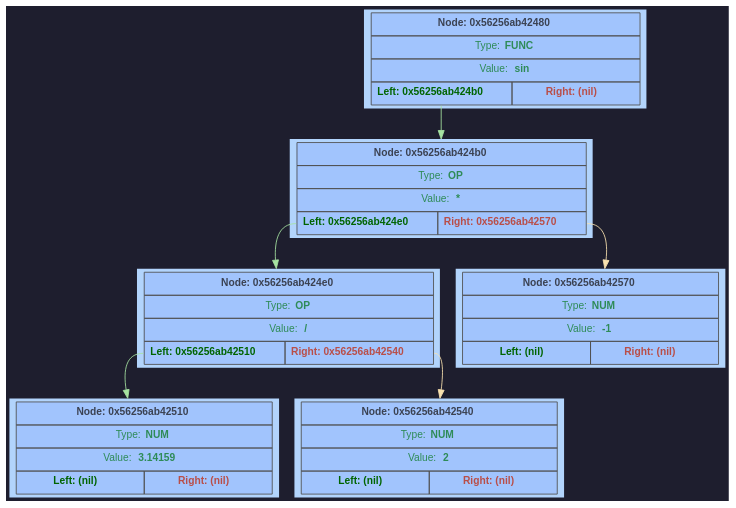
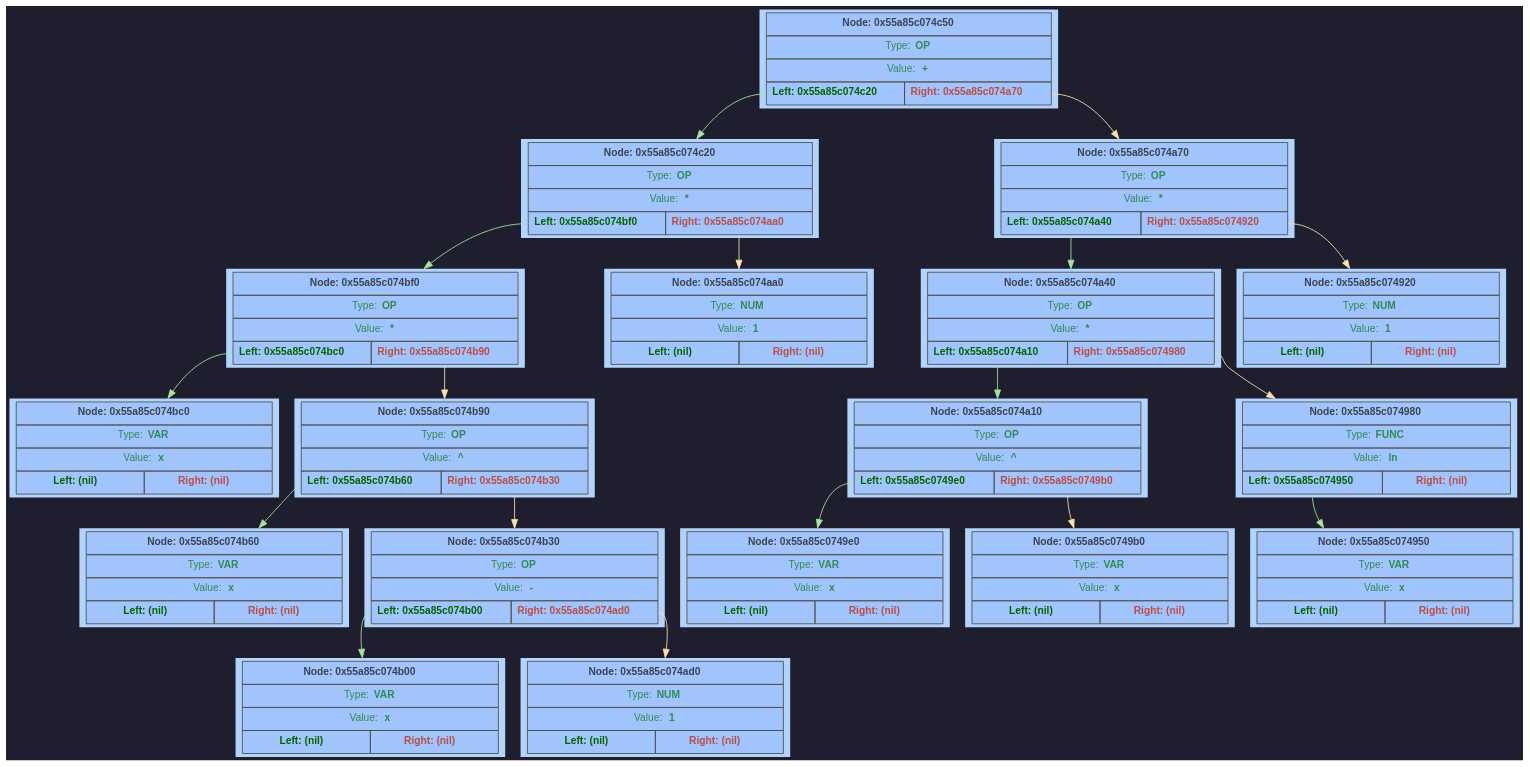
The diagram in GraphDump/dump.dot (F1merhub/Differencator), drawn with Graphviz before and after one commit. The commit also changed 15 other files, not shown here.

```diff
--- a/GraphDump/dump.dot
+++ b/GraphDump/dump.dot
@@ -2,69 +2,201 @@
 	rankdir = TB;
 	bgcolor="#1e1e2e";
 	node [shape=rectangle, style=filled, fontname=Helvetica, fontsize=12, fillcolor="#89b4fa", color="#cba6f7", fontcolor="#1e1e2e"];
-	node0x56256ab42480 [shape=plaintext; style=filled; color="#fcf0d2"; fillcolor="#b2d4fc"; label = <
+	node0x55a85c074c50 [shape=plaintext; style=filled; color="#fcf0d2"; fillcolor="#b2d4fc"; label = <
 		<table BORDER="0" CELLBORDER="1" CELLSPACING="0" CELLPADDING="6" BGCOLOR="#a1c4fd" COLOR="#4f4f4f">
-			<tr><td align='center' colspan='2'><FONT COLOR='#3b4252'><b>Node: 0x56256ab42480</b></FONT></td></tr>
-			<tr><td align='center' colspan='2'><FONT COLOR='#2e8b57'>Type: <b>FUNC</b></FONT></td></tr>
-			<tr><td align='center' colspan='2'><FONT COLOR='#2e8b57'>Value: <b>sin</b></FONT></td></tr>
+			<tr><td align='center' colspan='2'><FONT COLOR='#3b4252'><b>Node: 0x55a85c074c50</b></FONT></td></tr>
+			<tr><td align='center' colspan='2'><FONT COLOR='#2e8b57'>Type: <b>OP</b></FONT></td></tr>
+			<tr><td align='center' colspan='2'><FONT COLOR='#2e8b57'>Value: <b>+</b></FONT></td></tr>
 			<tr>
-				<td WIDTH='150' PORT='left' align='center'><FONT COLOR='#006400'><b>Left: 0x56256ab424b0</b></FONT></td>
-				<td WIDTH='150' PORT='right' align='center'><FONT COLOR='#b94e48'><b>Right: (nil)</b></FONT></td>
+				<td WIDTH='150' PORT='left' align='center'><FONT COLOR='#006400'><b>Left: 0x55a85c074c20</b></FONT></td>
+				<td WIDTH='150' PORT='right' align='center'><FONT COLOR='#b94e48'><b>Right: 0x55a85c074a70</b></FONT></td>
 			</tr>
 		</table> >];
-	node0x56256ab424b0 [shape=plaintext; style=filled; color="#fcf0d2"; fillcolor="#b2d4fc"; label = <
+	node0x55a85c074c20 [shape=plaintext; style=filled; color="#fcf0d2"; fillcolor="#b2d4fc"; label = <
 		<table BORDER="0" CELLBORDER="1" CELLSPACING="0" CELLPADDING="6" BGCOLOR="#a1c4fd" COLOR="#4f4f4f">
-			<tr><td align='center' colspan='2'><FONT COLOR='#3b4252'><b>Node: 0x56256ab424b0</b></FONT></td></tr>
+			<tr><td align='center' colspan='2'><FONT COLOR='#3b4252'><b>Node: 0x55a85c074c20</b></FONT></td></tr>
 			<tr><td align='center' colspan='2'><FONT COLOR='#2e8b57'>Type: <b>OP</b></FONT></td></tr>
 			<tr><td align='center' colspan='2'><FONT COLOR='#2e8b57'>Value: <b>*</b></FONT></td></tr>
 			<tr>
-				<td WIDTH='150' PORT='left' align='center'><FONT COLOR='#006400'><b>Left: 0x56256ab424e0</b></FONT></td>
-				<td WIDTH='150' PORT='right' align='center'><FONT COLOR='#b94e48'><b>Right: 0x56256ab42570</b></FONT></td>
+				<td WIDTH='150' PORT='left' align='center'><FONT COLOR='#006400'><b>Left: 0x55a85c074bf0</b></FONT></td>
+				<td WIDTH='150' PORT='right' align='center'><FONT COLOR='#b94e48'><b>Right: 0x55a85c074aa0</b></FONT></td>
 			</tr>
 		</table> >];
-	node0x56256ab424e0 [shape=plaintext; style=filled; color="#fcf0d2"; fillcolor="#b2d4fc"; label = <
+	node0x55a85c074bf0 [shape=plaintext; style=filled; color="#fcf0d2"; fillcolor="#b2d4fc"; label = <
 		<table BORDER="0" CELLBORDER="1" CELLSPACING="0" CELLPADDING="6" BGCOLOR="#a1c4fd" COLOR="#4f4f4f">
-			<tr><td align='center' colspan='2'><FONT COLOR='#3b4252'><b>Node: 0x56256ab424e0</b></FONT></td></tr>
+			<tr><td align='center' colspan='2'><FONT COLOR='#3b4252'><b>Node: 0x55a85c074bf0</b></FONT></td></tr>
 			<tr><td align='center' colspan='2'><FONT COLOR='#2e8b57'>Type: <b>OP</b></FONT></td></tr>
-			<tr><td align='center' colspan='2'><FONT COLOR='#2e8b57'>Value: <b>/</b></FONT></td></tr>
+			<tr><td align='center' colspan='2'><FONT COLOR='#2e8b57'>Value: <b>*</b></FONT></td></tr>
 			<tr>
-				<td WIDTH='150' PORT='left' align='center'><FONT COLOR='#006400'><b>Left: 0x56256ab42510</b></FONT></td>
-				<td WIDTH='150' PORT='right' align='center'><FONT COLOR='#b94e48'><b>Right: 0x56256ab42540</b></FONT></td>
+				<td WIDTH='150' PORT='left' align='center'><FONT COLOR='#006400'><b>Left: 0x55a85c074bc0</b></FONT></td>
+				<td WIDTH='150' PORT='right' align='center'><FONT COLOR='#b94e48'><b>Right: 0x55a85c074b90</b></FONT></td>
 			</tr>
 		</table> >];
-	node0x56256ab42510 [shape=plaintext; style=filled; color="#fcf0d2"; fillcolor="#b2d4fc"; label = <
+	node0x55a85c074bc0 [shape=plaintext; style=filled; color="#fcf0d2"; fillcolor="#b2d4fc"; label = <
 		<table BORDER="0" CELLBORDER="1" CELLSPACING="0" CELLPADDING="6" BGCOLOR="#a1c4fd" COLOR="#4f4f4f">
-			<tr><td align='center' colspan='2'><FONT COLOR='#3b4252'><b>Node: 0x56256ab42510</b></FONT></td></tr>
-			<tr><td align='center' colspan='2'><FONT COLOR='#2e8b57'>Type: <b>NUM</b></FONT></td></tr>
-			<tr><td align='center' colspan='2'><FONT COLOR='#2e8b57'>Value: <b>3.14159</b></FONT></td></tr>
+			<tr><td align='center' colspan='2'><FONT COLOR='#3b4252'><b>Node: 0x55a85c074bc0</b></FONT></td></tr>
+			<tr><td align='center' colspan='2'><FONT COLOR='#2e8b57'>Type: <b>VAR</b></FONT></td></tr>
+			<tr><td align='center' colspan='2'><FONT COLOR='#2e8b57'>Value: <b>x</b></FONT></td></tr>
 			<tr>
 				<td WIDTH='150' PORT='left' align='center'><FONT COLOR='#006400'><b>Left: (nil)</b></FONT></td>
 				<td WIDTH='150' PORT='right' align='center'><FONT COLOR='#b94e48'><b>Right: (nil)</b></FONT></td>
 			</tr>
 		</table> >];
-	node0x56256ab424e0:left -> node0x56256ab42510 [color="#a6e3a1"]
-	node0x56256ab42540 [shape=plaintext; style=filled; color="#fcf0d2"; fillcolor="#b2d4fc"; label = <
+	node0x55a85c074bf0:left -> node0x55a85c074bc0 [color="#a6e3a1"]
+	node0x55a85c074b90 [shape=plaintext; style=filled; color="#fcf0d2"; fillcolor="#b2d4fc"; label = <
 		<table BORDER="0" CELLBORDER="1" CELLSPACING="0" CELLPADDING="6" BGCOLOR="#a1c4fd" COLOR="#4f4f4f">
-			<tr><td align='center' colspan='2'><FONT COLOR='#3b4252'><b>Node: 0x56256ab42540</b></FONT></td></tr>
-			<tr><td align='center' colspan='2'><FONT COLOR='#2e8b57'>Type: <b>NUM</b></FONT></td></tr>
-			<tr><td align='center' colspan='2'><FONT COLOR='#2e8b57'>Value: <b>2</b></FONT></td></tr>
+			<tr><td align='center' colspan='2'><FONT COLOR='#3b4252'><b>Node: 0x55a85c074b90</b></FONT></td></tr>
+			<tr><td align='center' colspan='2'><FONT COLOR='#2e8b57'>Type: <b>OP</b></FONT></td></tr>
+			<tr><td align='center' colspan='2'><FONT COLOR='#2e8b57'>Value: <b>^</b></FONT></td></tr>
+			<tr>
+				<td WIDTH='150' PORT='left' align='center'><FONT COLOR='#006400'><b>Left: 0x55a85c074b60</b></FONT></td>
+				<td WIDTH='150' PORT='right' align='center'><FONT COLOR='#b94e48'><b>Right: 0x55a85c074b30</b></FONT></td>
+			</tr>
+		</table> >];
+	node0x55a85c074b60 [shape=plaintext; style=filled; color="#fcf0d2"; fillcolor="#b2d4fc"; label = <
+		<table BORDER="0" CELLBORDER="1" CELLSPACING="0" CELLPADDING="6" BGCOLOR="#a1c4fd" COLOR="#4f4f4f">
+			<tr><td align='center' colspan='2'><FONT COLOR='#3b4252'><b>Node: 0x55a85c074b60</b></FONT></td></tr>
+			<tr><td align='center' colspan='2'><FONT COLOR='#2e8b57'>Type: <b>VAR</b></FONT></td></tr>
+			<tr><td align='center' colspan='2'><FONT COLOR='#2e8b57'>Value: <b>x</b></FONT></td></tr>
 			<tr>
 				<td WIDTH='150' PORT='left' align='center'><FONT COLOR='#006400'><b>Left: (nil)</b></FONT></td>
 				<td WIDTH='150' PORT='right' align='center'><FONT COLOR='#b94e48'><b>Right: (nil)</b></FONT></td>
 			</tr>
 		</table> >];
-	node0x56256ab424e0:right -> node0x56256ab42540 [color="#f9e2af"]
-	node0x56256ab424b0:left -> node0x56256ab424e0 [color="#a6e3a1"]
-	node0x56256ab42570 [shape=plaintext; style=filled; color="#fcf0d2"; fillcolor="#b2d4fc"; label = <
+	node0x55a85c074b90:left -> node0x55a85c074b60 [color="#a6e3a1"]
+	node0x55a85c074b30 [shape=plaintext; style=filled; color="#fcf0d2"; fillcolor="#b2d4fc"; label = <
 		<table BORDER="0" CELLBORDER="1" CELLSPACING="0" CELLPADDING="6" BGCOLOR="#a1c4fd" COLOR="#4f4f4f">
-			<tr><td align='center' colspan='2'><FONT COLOR='#3b4252'><b>Node: 0x56256ab42570</b></FONT></td></tr>
-			<tr><td align='center' colspan='2'><FONT COLOR='#2e8b57'>Type: <b>NUM</b></FONT></td></tr>
-			<tr><td align='center' colspan='2'><FONT COLOR='#2e8b57'>Value: <b>-1</b></FONT></td></tr>
+			<tr><td align='center' colspan='2'><FONT COLOR='#3b4252'><b>Node: 0x55a85c074b30</b></FONT></td></tr>
+			<tr><td align='center' colspan='2'><FONT COLOR='#2e8b57'>Type: <b>OP</b></FONT></td></tr>
+			<tr><td align='center' colspan='2'><FONT COLOR='#2e8b57'>Value: <b>-</b></FONT></td></tr>
+			<tr>
+				<td WIDTH='150' PORT='left' align='center'><FONT COLOR='#006400'><b>Left: 0x55a85c074b00</b></FONT></td>
+				<td WIDTH='150' PORT='right' align='center'><FONT COLOR='#b94e48'><b>Right: 0x55a85c074ad0</b></FONT></td>
+			</tr>
+		</table> >];
+	node0x55a85c074b00 [shape=plaintext; style=filled; color="#fcf0d2"; fillcolor="#b2d4fc"; label = <
+		<table BORDER="0" CELLBORDER="1" CELLSPACING="0" CELLPADDING="6" BGCOLOR="#a1c4fd" COLOR="#4f4f4f">
+			<tr><td align='center' colspan='2'><FONT COLOR='#3b4252'><b>Node: 0x55a85c074b00</b></FONT></td></tr>
+			<tr><td align='center' colspan='2'><FONT COLOR='#2e8b57'>Type: <b>VAR</b></FONT></td></tr>
+			<tr><td align='center' colspan='2'><FONT COLOR='#2e8b57'>Value: <b>x</b></FONT></td></tr>
 			<tr>
 				<td WIDTH='150' PORT='left' align='center'><FONT COLOR='#006400'><b>Left: (nil)</b></FONT></td>
 				<td WIDTH='150' PORT='right' align='center'><FONT COLOR='#b94e48'><b>Right: (nil)</b></FONT></td>
 			</tr>
 		</table> >];
-	node0x56256ab424b0:right -> node0x56256ab42570 [color="#f9e2af"]
-	node0x56256ab42480:left -> node0x56256ab424b0 [color="#a6e3a1"]
+	node0x55a85c074b30:left -> node0x55a85c074b00 [color="#a6e3a1"]
+	node0x55a85c074ad0 [shape=plaintext; style=filled; color="#fcf0d2"; fillcolor="#b2d4fc"; label = <
+		<table BORDER="0" CELLBORDER="1" CELLSPACING="0" CELLPADDING="6" BGCOLOR="#a1c4fd" COLOR="#4f4f4f">
+			<tr><td align='center' colspan='2'><FONT COLOR='#3b4252'><b>Node: 0x55a85c074ad0</b></FONT></td></tr>
+			<tr><td align='center' colspan='2'><FONT COLOR='#2e8b57'>Type: <b>NUM</b></FONT></td></tr>
+			<tr><td align='center' colspan='2'><FONT COLOR='#2e8b57'>Value: <b>1</b></FONT></td></tr>
+			<tr>
+				<td WIDTH='150' PORT='left' align='center'><FONT COLOR='#006400'><b>Left: (nil)</b></FONT></td>
+				<td WIDTH='150' PORT='right' align='center'><FONT COLOR='#b94e48'><b>Right: (nil)</b></FONT></td>
+			</tr>
+		</table> >];
+	node0x55a85c074b30:right -> node0x55a85c074ad0 [color="#f9e2af"]
+	node0x55a85c074b90:right -> node0x55a85c074b30 [color="#f9e2af"]
+	node0x55a85c074bf0:right -> node0x55a85c074b90 [color="#f9e2af"]
+	node0x55a85c074c20:left -> node0x55a85c074bf0 [color="#a6e3a1"]
+	node0x55a85c074aa0 [shape=plaintext; style=filled; color="#fcf0d2"; fillcolor="#b2d4fc"; label = <
+		<table BORDER="0" CELLBORDER="1" CELLSPACING="0" CELLPADDING="6" BGCOLOR="#a1c4fd" COLOR="#4f4f4f">
+			<tr><td align='center' colspan='2'><FONT COLOR='#3b4252'><b>Node: 0x55a85c074aa0</b></FONT></td></tr>
+			<tr><td align='center' colspan='2'><FONT COLOR='#2e8b57'>Type: <b>NUM</b></FONT></td></tr>
+			<tr><td align='center' colspan='2'><FONT COLOR='#2e8b57'>Value: <b>1</b></FONT></td></tr>
+			<tr>
+				<td WIDTH='150' PORT='left' align='center'><FONT COLOR='#006400'><b>Left: (nil)</b></FONT></td>
+				<td WIDTH='150' PORT='right' align='center'><FONT COLOR='#b94e48'><b>Right: (nil)</b></FONT></td>
+			</tr>
+		</table> >];
+	node0x55a85c074c20:right -> node0x55a85c074aa0 [color="#f9e2af"]
+	node0x55a85c074c50:left -> node0x55a85c074c20 [color="#a6e3a1"]
+	node0x55a85c074a70 [shape=plaintext; style=filled; color="#fcf0d2"; fillcolor="#b2d4fc"; label = <
+		<table BORDER="0" CELLBORDER="1" CELLSPACING="0" CELLPADDING="6" BGCOLOR="#a1c4fd" COLOR="#4f4f4f">
+			<tr><td align='center' colspan='2'><FONT COLOR='#3b4252'><b>Node: 0x55a85c074a70</b></FONT></td></tr>
+			<tr><td align='center' colspan='2'><FONT COLOR='#2e8b57'>Type: <b>OP</b></FONT></td></tr>
+			<tr><td align='center' colspan='2'><FONT COLOR='#2e8b57'>Value: <b>*</b></FONT></td></tr>
+			<tr>
+				<td WIDTH='150' PORT='left' align='center'><FONT COLOR='#006400'><b>Left: 0x55a85c074a40</b></FONT></td>
+				<td WIDTH='150' PORT='right' align='center'><FONT COLOR='#b94e48'><b>Right: 0x55a85c074920</b></FONT></td>
+			</tr>
+		</table> >];
+	node0x55a85c074a40 [shape=plaintext; style=filled; color="#fcf0d2"; fillcolor="#b2d4fc"; label = <
+		<table BORDER="0" CELLBORDER="1" CELLSPACING="0" CELLPADDING="6" BGCOLOR="#a1c4fd" COLOR="#4f4f4f">
+			<tr><td align='center' colspan='2'><FONT COLOR='#3b4252'><b>Node: 0x55a85c074a40</b></FONT></td></tr>
+			<tr><td align='center' colspan='2'><FONT COLOR='#2e8b57'>Type: <b>OP</b></FONT></td></tr>
+			<tr><td align='center' colspan='2'><FONT COLOR='#2e8b57'>Value: <b>*</b></FONT></td></tr>
+			<tr>
+				<td WIDTH='150' PORT='left' align='center'><FONT COLOR='#006400'><b>Left: 0x55a85c074a10</b></FONT></td>
+				<td WIDTH='150' PORT='right' align='center'><FONT COLOR='#b94e48'><b>Right: 0x55a85c074980</b></FONT></td>
+			</tr>
+		</table> >];
+	node0x55a85c074a10 [shape=plaintext; style=filled; color="#fcf0d2"; fillcolor="#b2d4fc"; label = <
+		<table BORDER="0" CELLBORDER="1" CELLSPACING="0" CELLPADDING="6" BGCOLOR="#a1c4fd" COLOR="#4f4f4f">
+			<tr><td align='center' colspan='2'><FONT COLOR='#3b4252'><b>Node: 0x55a85c074a10</b></FONT></td></tr>
+			<tr><td align='center' colspan='2'><FONT COLOR='#2e8b57'>Type: <b>OP</b></FONT></td></tr>
+			<tr><td align='center' colspan='2'><FONT COLOR='#2e8b57'>Value: <b>^</b></FONT></td></tr>
+			<tr>
+				<td WIDTH='150' PORT='left' align='center'><FONT COLOR='#006400'><b>Left: 0x55a85c0749e0</b></FONT></td>
+				<td WIDTH='150' PORT='right' align='center'><FONT COLOR='#b94e48'><b>Right: 0x55a85c0749b0</b></FONT></td>
+			</tr>
+		</table> >];
+	node0x55a85c0749e0 [shape=plaintext; style=filled; color="#fcf0d2"; fillcolor="#b2d4fc"; label = <
+		<table BORDER="0" CELLBORDER="1" CELLSPACING="0" CELLPADDING="6" BGCOLOR="#a1c4fd" COLOR="#4f4f4f">
+			<tr><td align='center' colspan='2'><FONT COLOR='#3b4252'><b>Node: 0x55a85c0749e0</b></FONT></td></tr>
+			<tr><td align='center' colspan='2'><FONT COLOR='#2e8b57'>Type: <b>VAR</b></FONT></td></tr>
+			<tr><td align='center' colspan='2'><FONT COLOR='#2e8b57'>Value: <b>x</b></FONT></td></tr>
+			<tr>
+				<td WIDTH='150' PORT='left' align='center'><FONT COLOR='#006400'><b>Left: (nil)</b></FONT></td>
+				<td WIDTH='150' PORT='right' align='center'><FONT COLOR='#b94e48'><b>Right: (nil)</b></FONT></td>
+			</tr>
+		</table> >];
+	node0x55a85c074a10:left -> node0x55a85c0749e0 [color="#a6e3a1"]
+	node0x55a85c0749b0 [shape=plaintext; style=filled; color="#fcf0d2"; fillcolor="#b2d4fc"; label = <
+		<table BORDER="0" CELLBORDER="1" CELLSPACING="0" CELLPADDING="6" BGCOLOR="#a1c4fd" COLOR="#4f4f4f">
+			<tr><td align='center' colspan='2'><FONT COLOR='#3b4252'><b>Node: 0x55a85c0749b0</b></FONT></td></tr>
+			<tr><td align='center' colspan='2'><FONT COLOR='#2e8b57'>Type: <b>VAR</b></FONT></td></tr>
+			<tr><td align='center' colspan='2'><FONT COLOR='#2e8b57'>Value: <b>x</b></FONT></td></tr>
+			<tr>
+				<td WIDTH='150' PORT='left' align='center'><FONT COLOR='#006400'><b>Left: (nil)</b></FONT></td>
+				<td WIDTH='150' PORT='right' align='center'><FONT COLOR='#b94e48'><b>Right: (nil)</b></FONT></td>
+			</tr>
+		</table> >];
+	node0x55a85c074a10:right -> node0x55a85c0749b0 [color="#f9e2af"]
+	node0x55a85c074a40:left -> node0x55a85c074a10 [color="#a6e3a1"]
+	node0x55a85c074980 [shape=plaintext; style=filled; color="#fcf0d2"; fillcolor="#b2d4fc"; label = <
+		<table BORDER="0" CELLBORDER="1" CELLSPACING="0" CELLPADDING="6" BGCOLOR="#a1c4fd" COLOR="#4f4f4f">
+			<tr><td align='center' colspan='2'><FONT COLOR='#3b4252'><b>Node: 0x55a85c074980</b></FONT></td></tr>
+			<tr><td align='center' colspan='2'><FONT COLOR='#2e8b57'>Type: <b>FUNC</b></FONT></td></tr>
+			<tr><td align='center' colspan='2'><FONT COLOR='#2e8b57'>Value: <b>ln</b></FONT></td></tr>
+			<tr>
+				<td WIDTH='150' PORT='left' align='center'><FONT COLOR='#006400'><b>Left: 0x55a85c074950</b></FONT></td>
+				<td WIDTH='150' PORT='right' align='center'><FONT COLOR='#b94e48'><b>Right: (nil)</b></FONT></td>
+			</tr>
+		</table> >];
+	node0x55a85c074950 [shape=plaintext; style=filled; color="#fcf0d2"; fillcolor="#b2d4fc"; label = <
+		<table BORDER="0" CELLBORDER="1" CELLSPACING="0" CELLPADDING="6" BGCOLOR="#a1c4fd" COLOR="#4f4f4f">
+			<tr><td align='center' colspan='2'><FONT COLOR='#3b4252'><b>Node: 0x55a85c074950</b></FONT></td></tr>
+			<tr><td align='center' colspan='2'><FONT COLOR='#2e8b57'>Type: <b>VAR</b></FONT></td></tr>
+			<tr><td align='center' colspan='2'><FONT COLOR='#2e8b57'>Value: <b>x</b></FONT></td></tr>
+			<tr>
+				<td WIDTH='150' PORT='left' align='center'><FONT COLOR='#006400'><b>Left: (nil)</b></FONT></td>
+				<td WIDTH='150' PORT='right' align='center'><FONT COLOR='#b94e48'><b>Right: (nil)</b></FONT></td>
+			</tr>
+		</table> >];
+	node0x55a85c074980:left -> node0x55a85c074950 [color="#a6e3a1"]
+	node0x55a85c074a40:right -> node0x55a85c074980 [color="#f9e2af"]
+	node0x55a85c074a70:left -> node0x55a85c074a40 [color="#a6e3a1"]
+	node0x55a85c074920 [shape=plaintext; style=filled; color="#fcf0d2"; fillcolor="#b2d4fc"; label = <
+		<table BORDER="0" CELLBORDER="1" CELLSPACING="0" CELLPADDING="6" BGCOLOR="#a1c4fd" COLOR="#4f4f4f">
+			<tr><td align='center' colspan='2'><FONT COLOR='#3b4252'><b>Node: 0x55a85c074920</b></FONT></td></tr>
+			<tr><td align='center' colspan='2'><FONT COLOR='#2e8b57'>Type: <b>NUM</b></FONT></td></tr>
+			<tr><td align='center' colspan='2'><FONT COLOR='#2e8b57'>Value: <b>1</b></FONT></td></tr>
+			<tr>
+				<td WIDTH='150' PORT='left' align='center'><FONT COLOR='#006400'><b>Left: (nil)</b></FONT></td>
+				<td WIDTH='150' PORT='right' align='center'><FONT COLOR='#b94e48'><b>Right: (nil)</b></FONT></td>
+			</tr>
+		</table> >];
+	node0x55a85c074a70:right -> node0x55a85c074920 [color="#f9e2af"]
+	node0x55a85c074c50:right -> node0x55a85c074a70 [color="#f9e2af"]
 }
```
